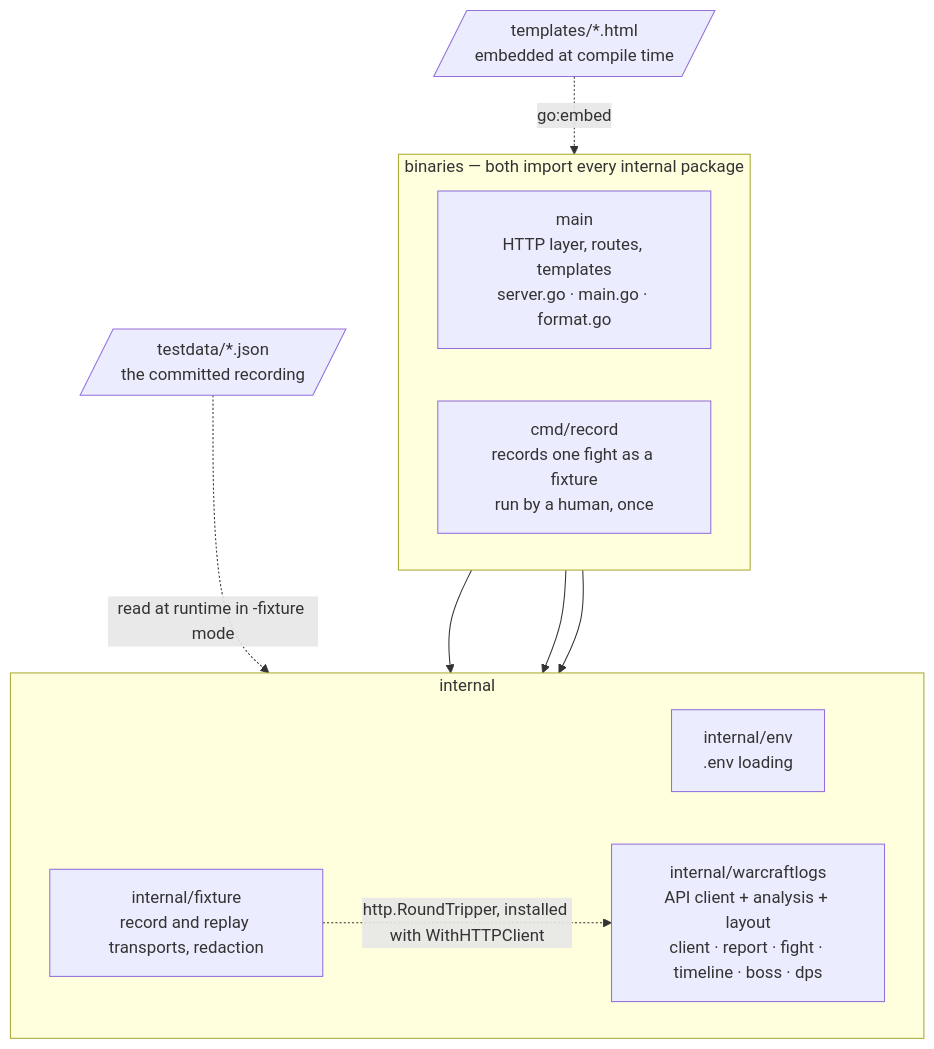
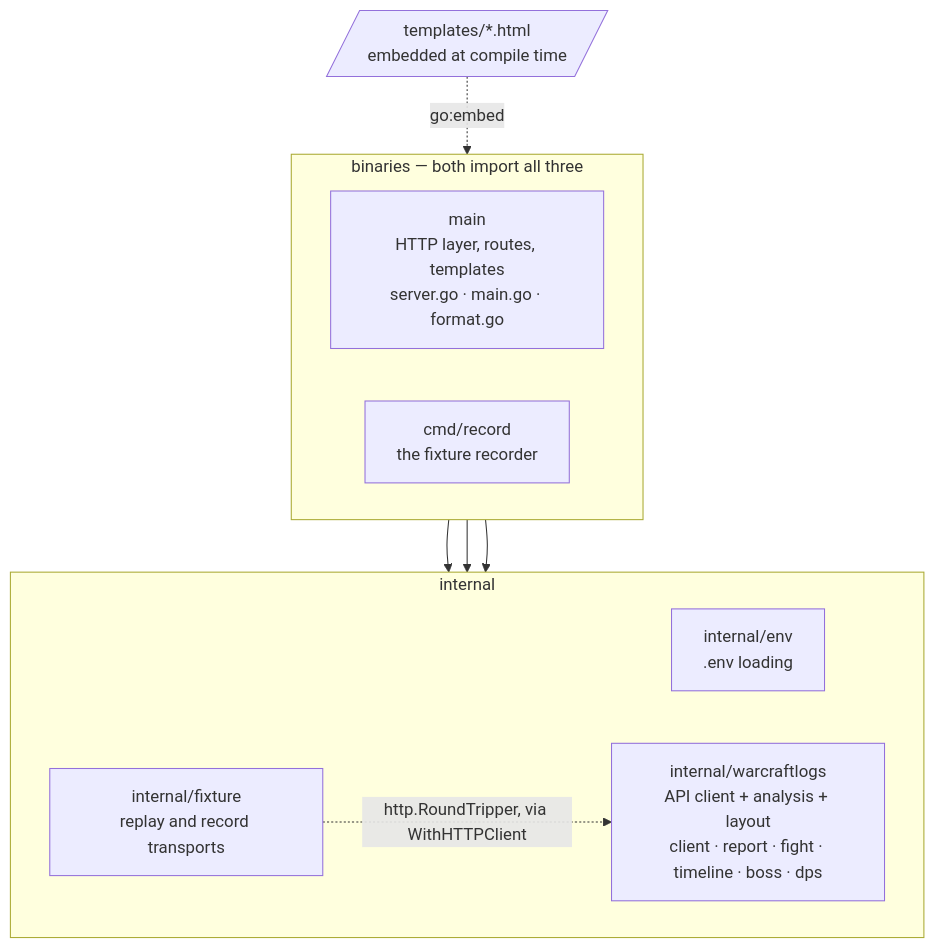
The second of 3 diagrams in ARCHITECTURE.md (Gabriel2048/wow-insights), drawn with Mermaid before and after one commit. The commit also changed other lines of this file, not shown here.

Commit message:
Quieten the recording flow in the package view
The testdata node and the recorder's three-line label said more than
the view is for; the recording detail moves to the prose under it.

Claude-Session: https://claude.ai/code/session_01BQKntxwDvnhuBFrsNmRnie

````diff
--- a/ARCHITECTURE.md
+++ b/ARCHITECTURE.md
@@ -44,27 +44,25 @@
 ```mermaid
 flowchart TB
     %% verified: package graph
     templates[/"templates/*.html<br/>embedded at compile time"/]
-    testdata[/"testdata/*.json<br/>the committed recording"/]
 
-    subgraph binaries["binaries — both import every internal package"]
+    subgraph binaries["binaries — both import all three"]
         direction LR
         main["main<br/>HTTP layer, routes, templates<br/>server.go · main.go · format.go"]
-        record["cmd/record<br/>records one fight as a fixture<br/>run by a human, once"]
+        record["cmd/record<br/>the fixture recorder"]
     end
 
     subgraph internal
         direction LR
         env["internal/env<br/>.env loading"]
-        fixture["internal/fixture<br/>record and replay transports, redaction"]
+        fixture["internal/fixture<br/>replay and record transports"]
         warcraftlogs["internal/warcraftlogs<br/>API client + analysis + layout<br/>client · report · fight · timeline · boss · dps"]
     end
 
     binaries --> env
     binaries --> fixture
     binaries --> warcraftlogs
 
     templates -.->|"go:embed"| main
-    testdata -.->|"read at runtime in -fixture mode"| fixture
-    fixture -.->|"http.RoundTripper, installed with WithHTTPClient"| warcraftlogs
+    fixture -.->|"http.RoundTripper, via WithHTTPClient"| warcraftlogs
 ```
````
